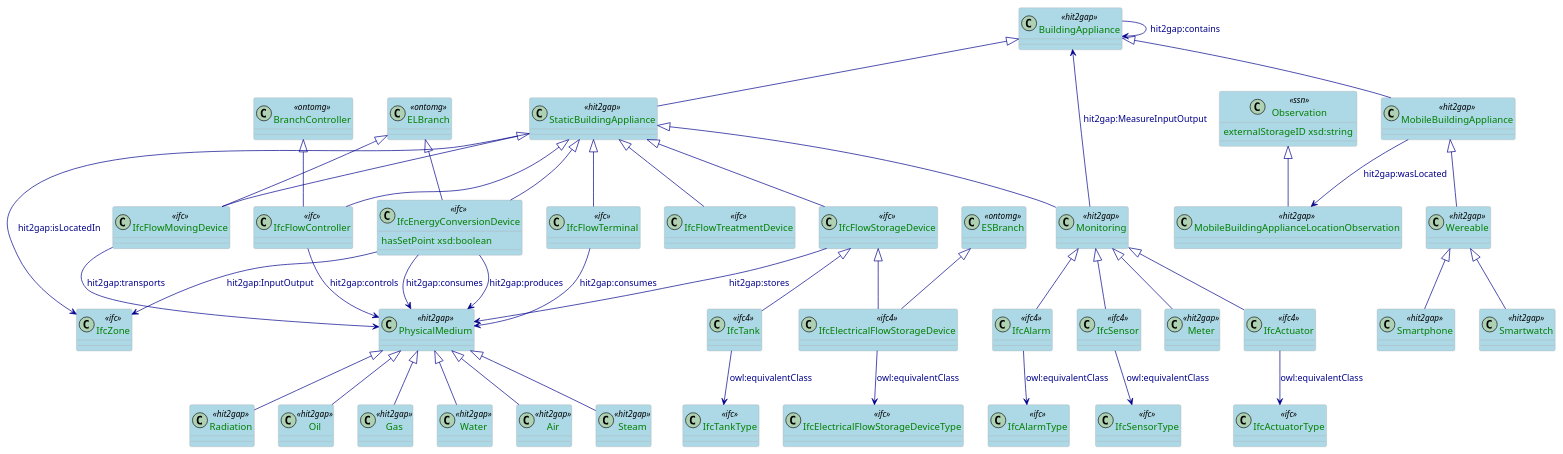
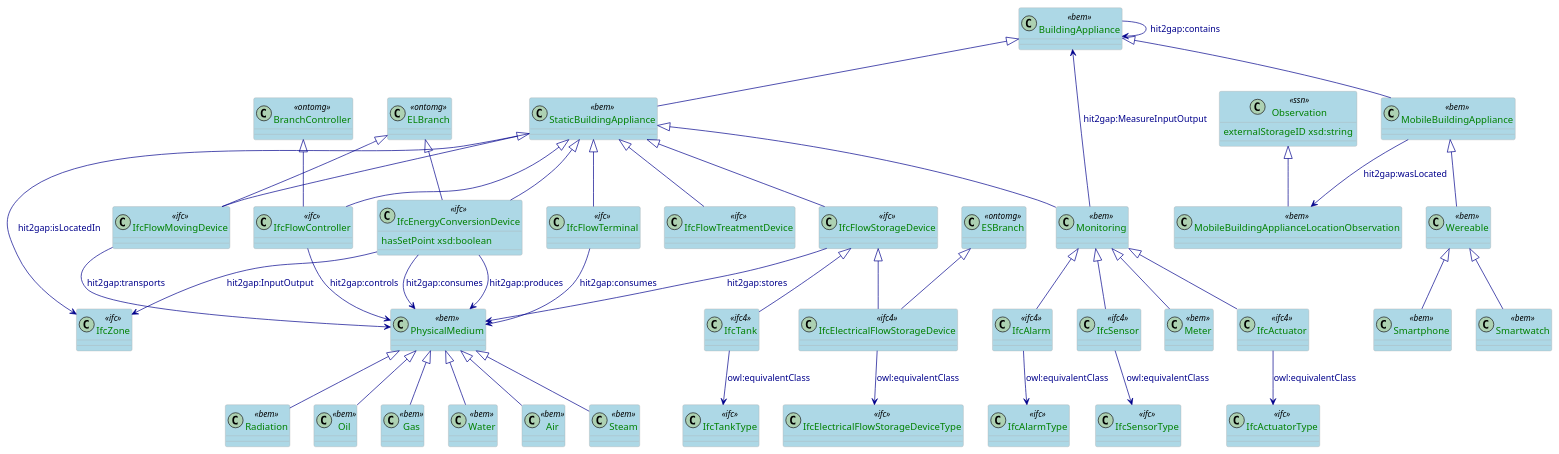
One commit to HIT2GAP-EU-PROJECT/BEMOnt changed the diagram in docs/_book/plantuml/BuildingAppliance.puml. Above: the diagram before and after it, drawn with PlantUML. The commit also changed 347 other files, not shown here.

Commit message:
Update: remove all references to the Hit2gap project, and replace with bemserver.

```diff
--- a/docs/_book/plantuml/BuildingAppliance.puml
+++ b/docs/_book/plantuml/BuildingAppliance.puml
@@ -1,125 +1,125 @@
 @startuml
 
 scale 0.3
 
 skinparam class {
   ArrowColor DarkBlue
   ArrowFontColor DarkBlue
   BackgroundColor LightBlue
   BorderColor DarkGrey
 }
 skinparam dpi 300
 skinparam stereotypeCBackgroundColor Wheat
 skinparam classAttributeFontColor  Green
 
-class BuildingAppliance <<hit2gap>>
+class BuildingAppliance <<bem>>
 
-class StaticBuildingAppliance <<hit2gap>>
-class MobileBuildingAppliance <<hit2gap>>
+class StaticBuildingAppliance <<bem>>
+class MobileBuildingAppliance <<bem>>
 
 class Observation <<ssn>>  {
   externalStorageID xsd:string
 }
 
-class MobileBuildingApplianceLocationObservation <<hit2gap>>
+class MobileBuildingApplianceLocationObservation <<bem>>
 
 class IfcFlowTerminal <<ifc>>
-class Monitoring <<hit2gap>>
-class Wereable <<hit2gap>>
-class Smartwatch <<hit2gap>>
-class Smartphone <<hit2gap>>
+class Monitoring <<bem>>
+class Wereable <<bem>>
+class Smartwatch <<bem>>
+class Smartphone <<bem>>
 
 class IfcZone <<ifc>>
 class IfcActuator <<ifc4>>
 class IfcActuatorType <<ifc>>
 
 class IfcAlarm <<ifc4>>
 class IfcAlarmType <<ifc>>
 
 
 class IfcSensor <<ifc4>>
 class IfcSensorType <<ifc>>
 
-class Meter <<hit2gap>>
+class Meter <<bem>>
 
 class IfcFlowStorageDevice <<ifc>>
 class IfcFlowMovingDevice <<ifc>>
 class IfcFlowController <<ifc>>
 class IfcFlowTreatmentDevice <<ifc>>
 class IfcEnergyConversionDevice <<ifc>> {
   hasSetPoint xsd:boolean
 }
 
 class IfcElectricalFlowStorageDevice <<ifc4>>
 class IfcElectricalFlowStorageDeviceType <<ifc>>
 class IfcTank <<ifc4>>
 class IfcTankType <<ifc>>
 
 
 class ELBranch <<ontomg>>
 class ESBranch <<ontomg>>
 class BranchController <<ontomg>>
 
 
-class PhysicalMedium <<hit2gap>>
-class Oil <<hit2gap>>
-class Gas <<hit2gap>>
-class Water <<hit2gap>>
-class Air <<hit2gap>>
-class Steam <<hit2gap>>
-class Radiation <<hit2gap>>
+class PhysicalMedium <<bem>>
+class Oil <<bem>>
+class Gas <<bem>>
+class Water <<bem>>
+class Air <<bem>>
+class Steam <<bem>>
+class Radiation <<bem>>
 
 BuildingAppliance <|-- StaticBuildingAppliance 
 BuildingAppliance <|-- MobileBuildingAppliance 
 
 StaticBuildingAppliance <|-- IfcFlowTerminal
 StaticBuildingAppliance <|-- Monitoring
 MobileBuildingAppliance <|-- Wereable
 StaticBuildingAppliance --> IfcZone: hit2gap:isLocatedIn
 BuildingAppliance --> BuildingAppliance: hit2gap:contains
 Monitoring --> BuildingAppliance: hit2gap:MeasureInputOutput
 IfcEnergyConversionDevice --> IfcZone: hit2gap:InputOutput
 StaticBuildingAppliance <|-- IfcFlowStorageDevice
 IfcFlowStorageDevice <|-- IfcElectricalFlowStorageDevice
 IfcFlowStorageDevice <|-- IfcTank
 StaticBuildingAppliance <|-- IfcFlowMovingDevice
 StaticBuildingAppliance <|-- IfcFlowController
 StaticBuildingAppliance <|-- IfcFlowTreatmentDevice
 StaticBuildingAppliance <|-- IfcEnergyConversionDevice
 Observation <|-- MobileBuildingApplianceLocationObservation
 MobileBuildingAppliance --> MobileBuildingApplianceLocationObservation: hit2gap:wasLocated
 BranchController <|-- IfcFlowController
 ESBranch <|-- IfcElectricalFlowStorageDevice
 ELBranch <|-- IfcFlowMovingDevice
 ELBranch <|-- IfcEnergyConversionDevice
 
 Wereable <|-- Smartwatch
 Wereable <|-- Smartphone
 
 Monitoring <|-- IfcSensor
 Monitoring <|-- IfcActuator
 Monitoring <|-- IfcAlarm
 Monitoring <|-- Meter
 
 PhysicalMedium <|-- Oil
 PhysicalMedium <|-- Gas
 PhysicalMedium <|-- Water
 PhysicalMedium <|-- Air
 PhysicalMedium <|-- Steam
 PhysicalMedium <|-- Radiation
 
 IfcFlowMovingDevice --> PhysicalMedium: hit2gap:transports
 IfcEnergyConversionDevice --> PhysicalMedium: hit2gap:consumes
 IfcEnergyConversionDevice --> PhysicalMedium: hit2gap:produces
 IfcFlowStorageDevice --> PhysicalMedium: hit2gap:stores
 IfcFlowController --> PhysicalMedium: hit2gap:controls
 IfcFlowTerminal --> PhysicalMedium: hit2gap:consumes
 
 IfcActuator --> IfcActuatorType: owl:equivalentClass
 IfcAlarm --> IfcAlarmType: owl:equivalentClass
 IfcSensor --> IfcSensorType: owl:equivalentClass
 IfcElectricalFlowStorageDevice --> IfcElectricalFlowStorageDeviceType: owl:equivalentClass
 IfcTank --> IfcTankType: owl:equivalentClass
 
 
 @enduml
```
